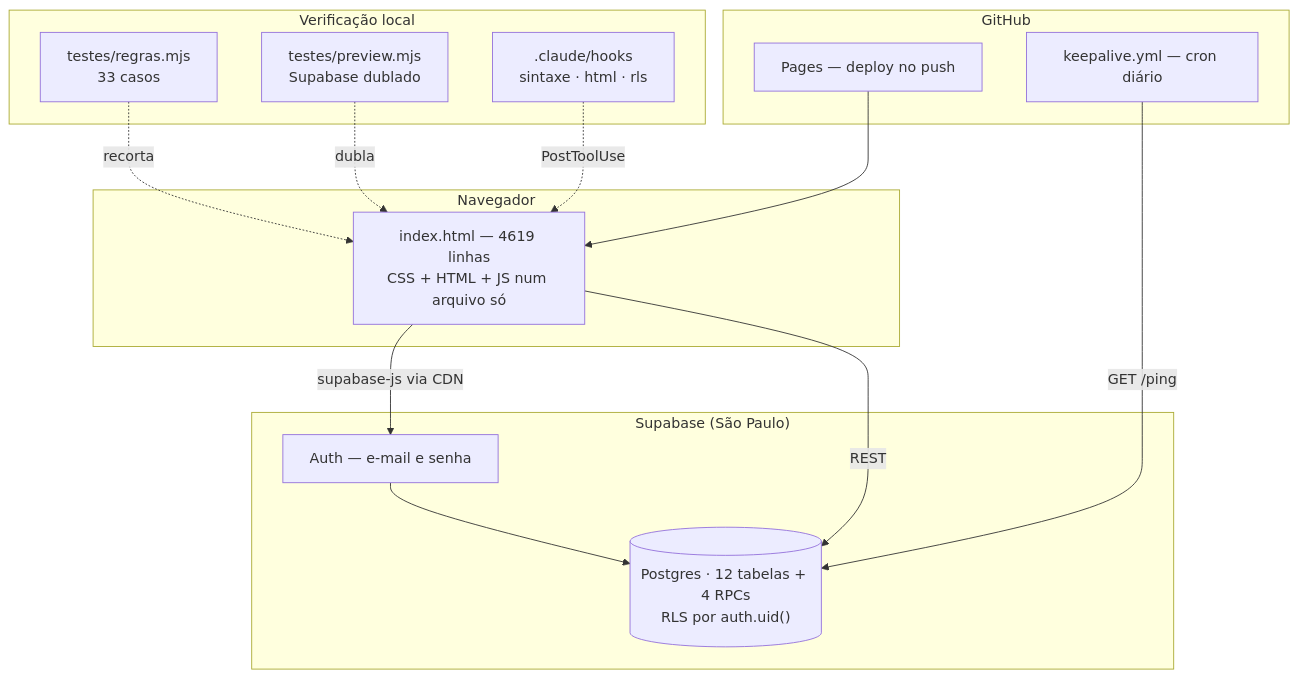
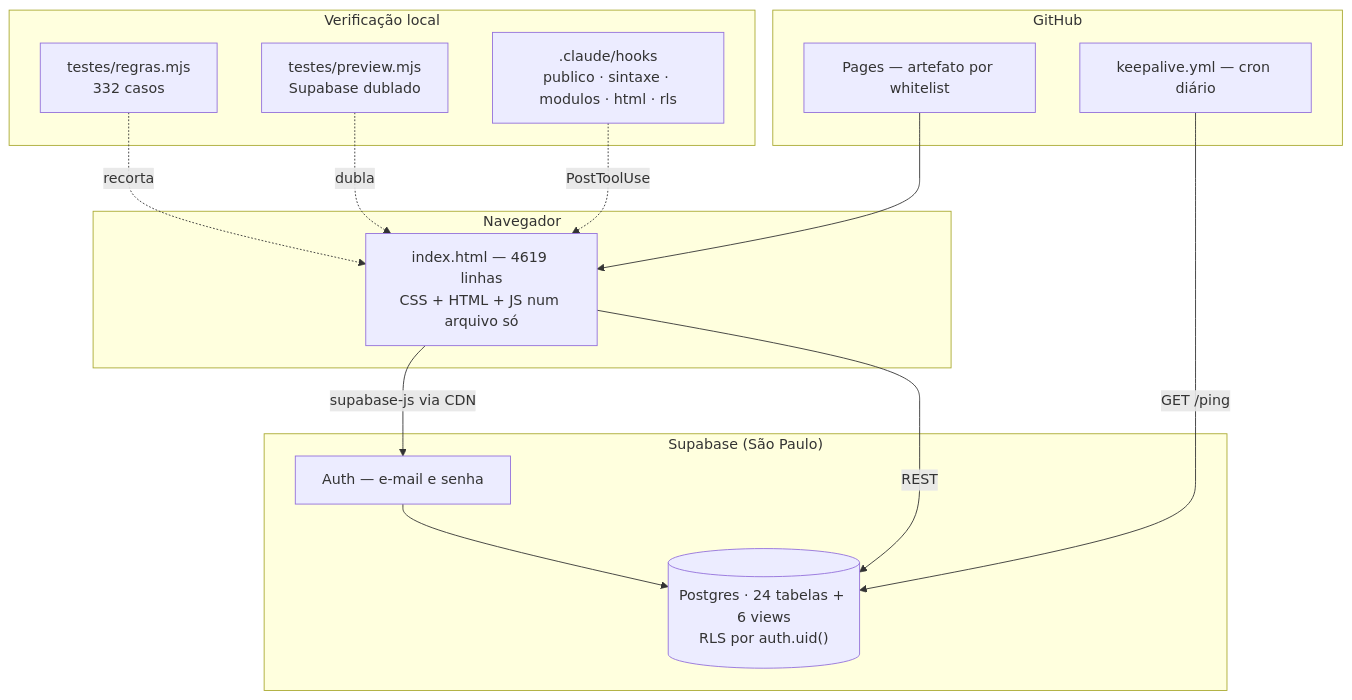
Before and after one commit to oxeramon/lagrimas-do-clt: the first of 2 diagrams in docs/CODEBASE_MAP.md, drawn with Mermaid. The commit also changed other lines of this file and 3 other files, not shown here.

````diff
--- a/docs/CODEBASE_MAP.md
+++ b/docs/CODEBASE_MAP.md
@@ -19,27 +19,27 @@
 ```mermaid
 graph TB
     subgraph Navegador
         HTML["index.html — 4619 linhas<br/>CSS + HTML + JS num arquivo só"]
     end
     subgraph "Supabase (São Paulo)"
         Auth["Auth — e-mail e senha"]
-        PG[("Postgres · 12 tabelas + 4 RPCs<br/>RLS por auth.uid()")]
+        PG[("Postgres · 24 tabelas + 6 views<br/>RLS por auth.uid()")]
     end
     subgraph GitHub
-        Pages["Pages — deploy no push"]
+        Pages["Pages — artefato por whitelist"]
         Cron["keepalive.yml — cron diário"]
     end
     subgraph "Verificação local"
-        Regras["testes/regras.mjs<br/>33 casos"]
+        Regras["testes/regras.mjs<br/>332 casos"]
         Preview["testes/preview.mjs<br/>Supabase dublado"]
-        Hooks[".claude/hooks<br/>sintaxe · html · rls"]
+        Hooks[".claude/hooks<br/>publico · sintaxe · modulos · html · rls"]
     end
     HTML -->|supabase-js via CDN| Auth
     HTML -->|REST| PG
     Auth --> PG
     Pages --> HTML
     Cron -->|GET /ping| PG
     Regras -.recorta.-> HTML
     Preview -.dubla.-> HTML
     Hooks -.PostToolUse.-> HTML
 ```
````
